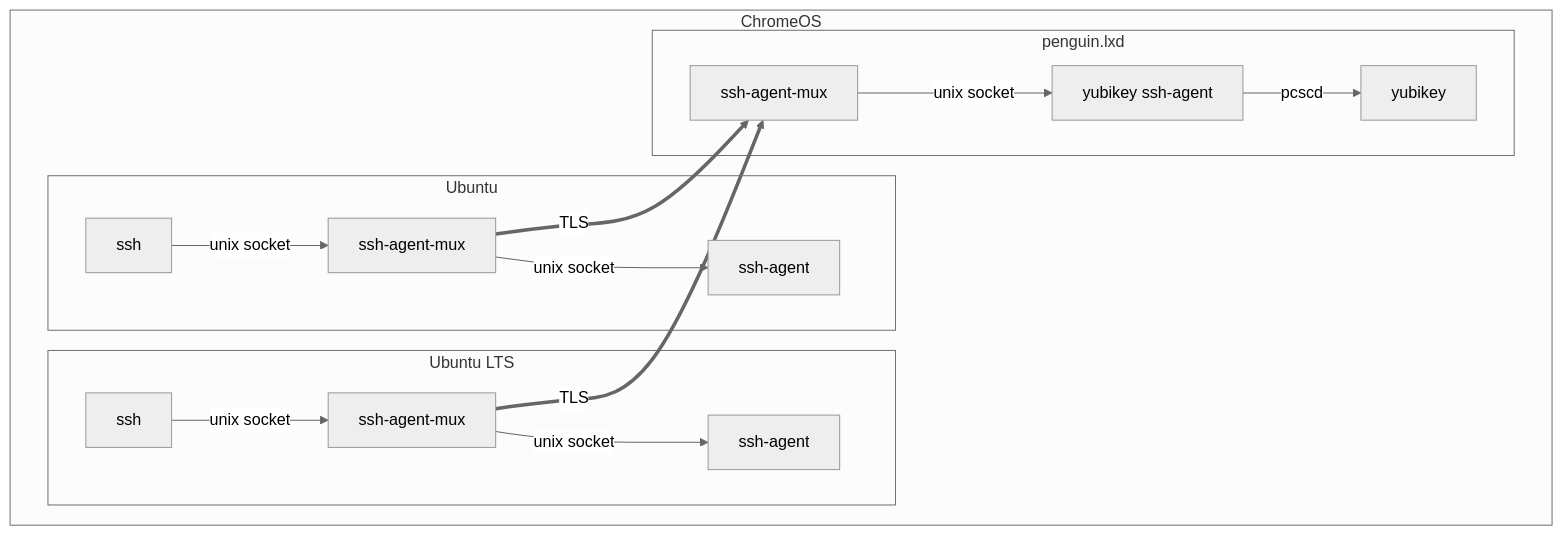
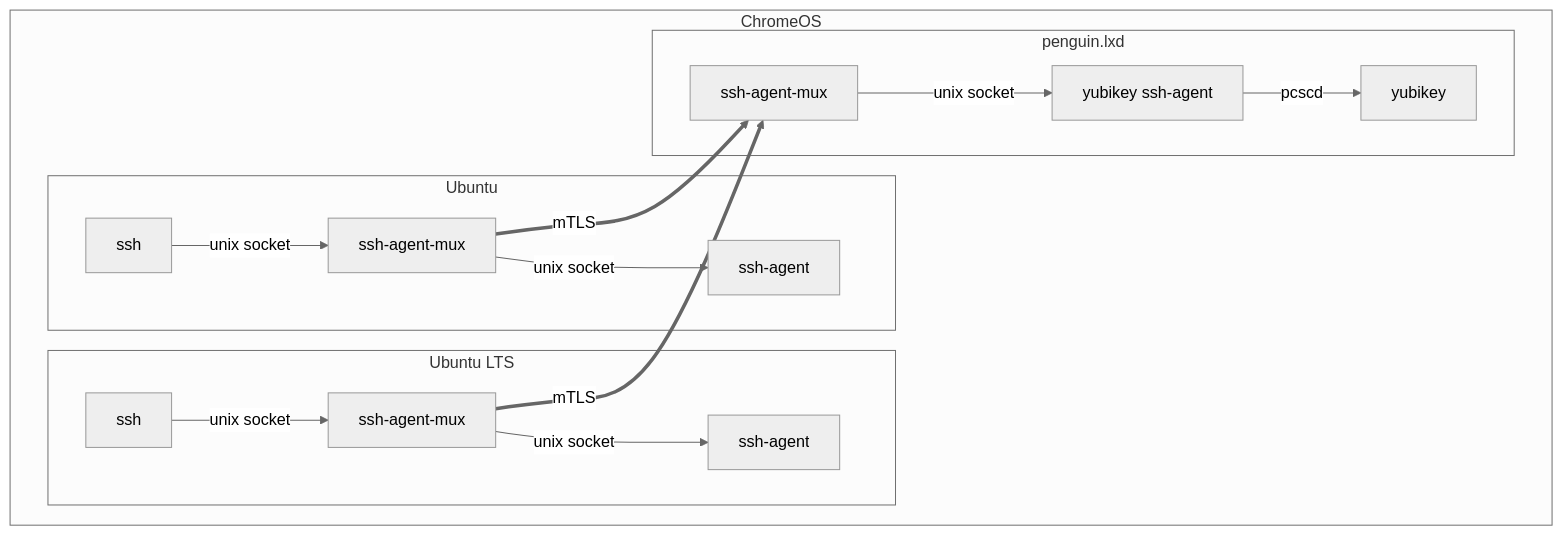
The diagram in README.md (msantos/ssh-agent-mux), drawn with Mermaid (neutral theme) before and after one commit. The commit also changed other lines of this file, not shown here.

Commit message:
doc: README: cleanup

````diff
--- a/README.md
+++ b/README.md
@@ -18,18 +18,18 @@
 ```mermaid
 graph TD
   subgraph ChromeOS
   subgraph ubuntu ["Ubuntu"]
     ssh -->|unix socket| muxclient["ssh-agent-mux"]
     muxclient -->|unix socket| local["ssh-agent"]
   end
   subgraph ubuntults ["Ubuntu LTS"]
     ssh2["ssh"] -->|unix socket| muxclient2["ssh-agent-mux"]
     muxclient2 -->|unix socket| local2["ssh-agent"]
   end
   subgraph penguin ["penguin.lxd"]
-    muxclient ==>|TLS| muxserver["ssh-agent-mux"] -->|unix socket| tokenagent["yubikey ssh-agent"]
-    muxclient2 ==>|TLS| muxserver["ssh-agent-mux"]
+    muxclient ==>|mTLS| muxserver["ssh-agent-mux"] -->|unix socket| tokenagent["yubikey ssh-agent"]
+    muxclient2 ==>|mTLS| muxserver["ssh-agent-mux"]
     tokenagent -->|pcscd| yubikey
   end
   end
 ```
````
